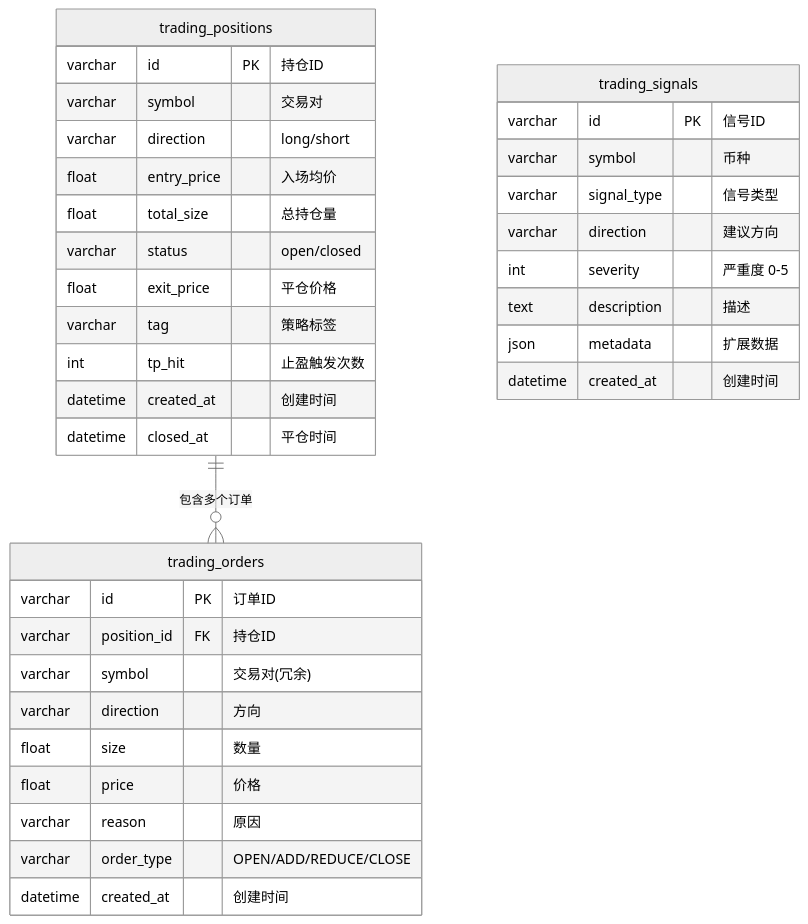
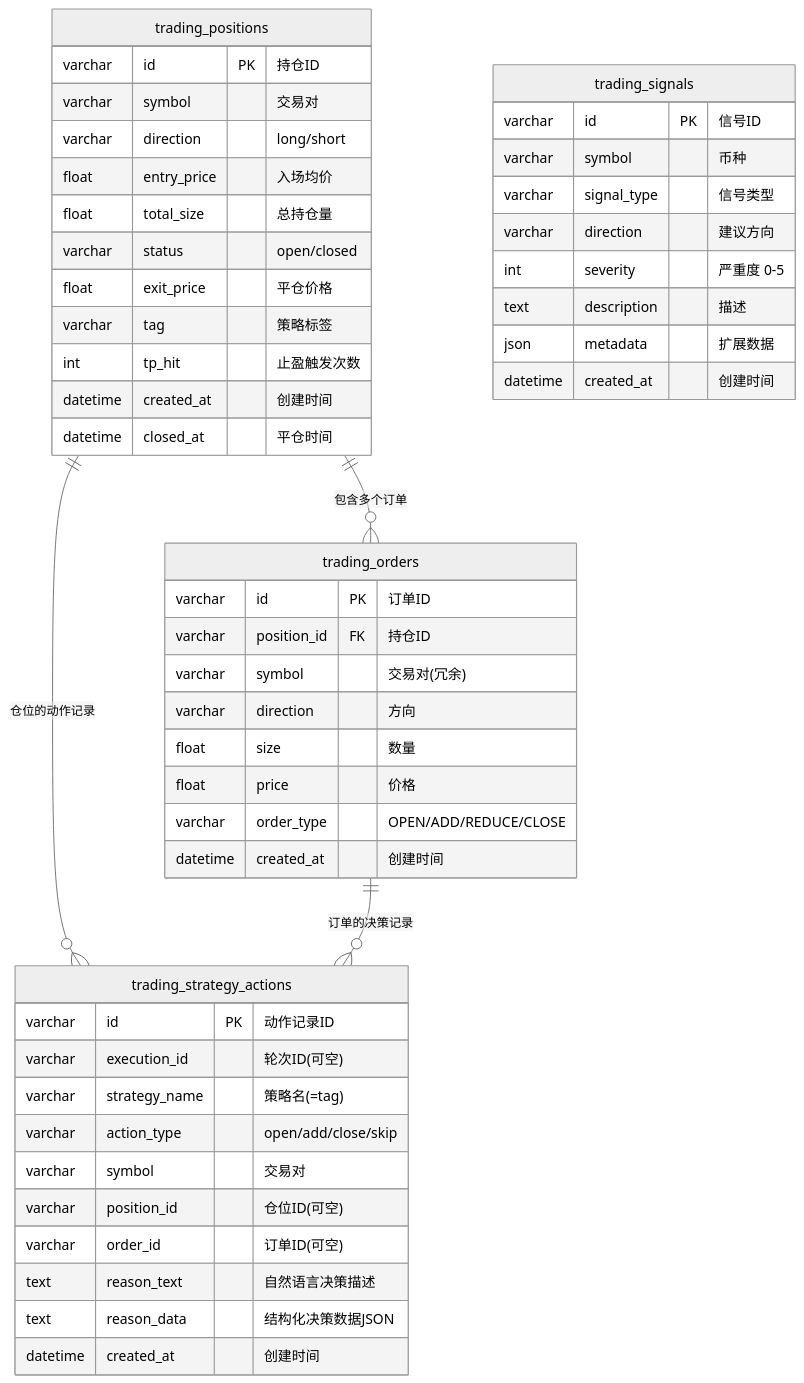
The second of 3 diagrams in architecture_document/03-domain-model.md (cqlwm/trading-service), drawn with Mermaid (neutral theme) before and after one commit. The commit also changed other lines of this file and 33 other files, not shown here.

````diff
--- a/architecture_document/03-domain-model.md
+++ b/architecture_document/03-domain-model.md
@@ -289,41 +288,55 @@
 ```mermaid
 erDiagram
     trading_positions {
         varchar id PK "持仓ID"
         varchar symbol "交易对"
         varchar direction "long/short"
         float entry_price "入场均价"
         float total_size "总持仓量"
         varchar status "open/closed"
         float exit_price "平仓价格"
         varchar tag "策略标签"
         int tp_hit "止盈触发次数"
         datetime created_at "创建时间"
         datetime closed_at "平仓时间"
     }
     
     trading_orders {
         varchar id PK "订单ID"
         varchar position_id FK "持仓ID"
         varchar symbol "交易对(冗余)"
         varchar direction "方向"
         float size "数量"
         float price "价格"
-        varchar reason "原因"
         varchar order_type "OPEN/ADD/REDUCE/CLOSE"
+        datetime created_at "创建时间"
+    }
+    
+    trading_strategy_actions {
+        varchar id PK "动作记录ID"
+        varchar execution_id "轮次ID(可空)"
+        varchar strategy_name "策略名(=tag)"
+        varchar action_type "open/add/close/skip"
+        varchar symbol "交易对"
+        varchar position_id "仓位ID(可空)"
+        varchar order_id "订单ID(可空)"
+        text reason_text "自然语言决策描述"
+        text reason_data "结构化决策数据JSON"
         datetime created_at "创建时间"
     }
     
     trading_signals {
         varchar id PK "信号ID"
         varchar symbol "币种"
         varchar signal_type "信号类型"
         varchar direction "建议方向"
         int severity "严重度 0-5"
         text description "描述"
         json metadata "扩展数据"
         datetime created_at "创建时间"
     }
     
     trading_positions ||--o{ trading_orders : "包含多个订单"
+    trading_positions ||--o{ trading_strategy_actions : "仓位的动作记录"
+    trading_orders ||--o{ trading_strategy_actions : "订单的决策记录"
 ```
````
